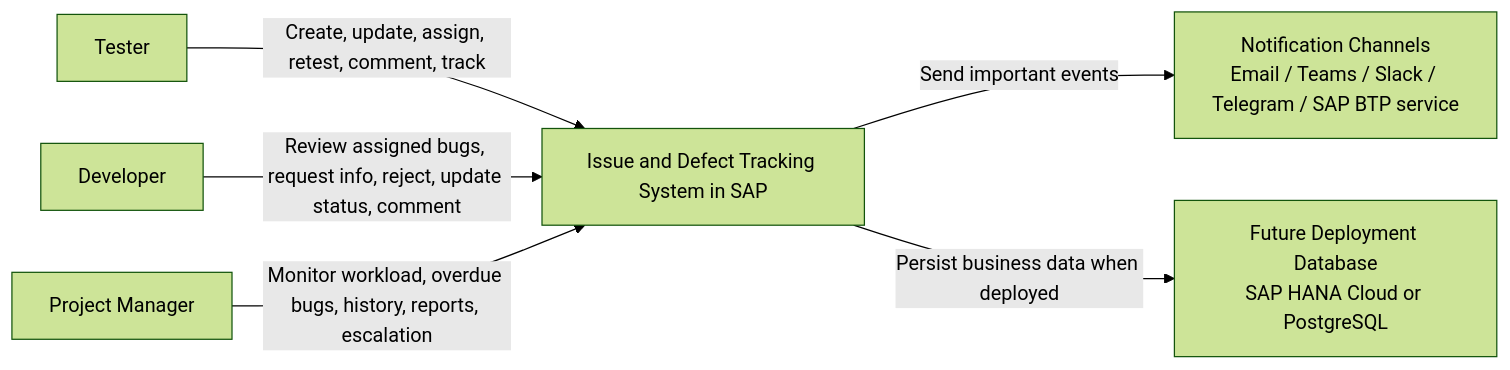
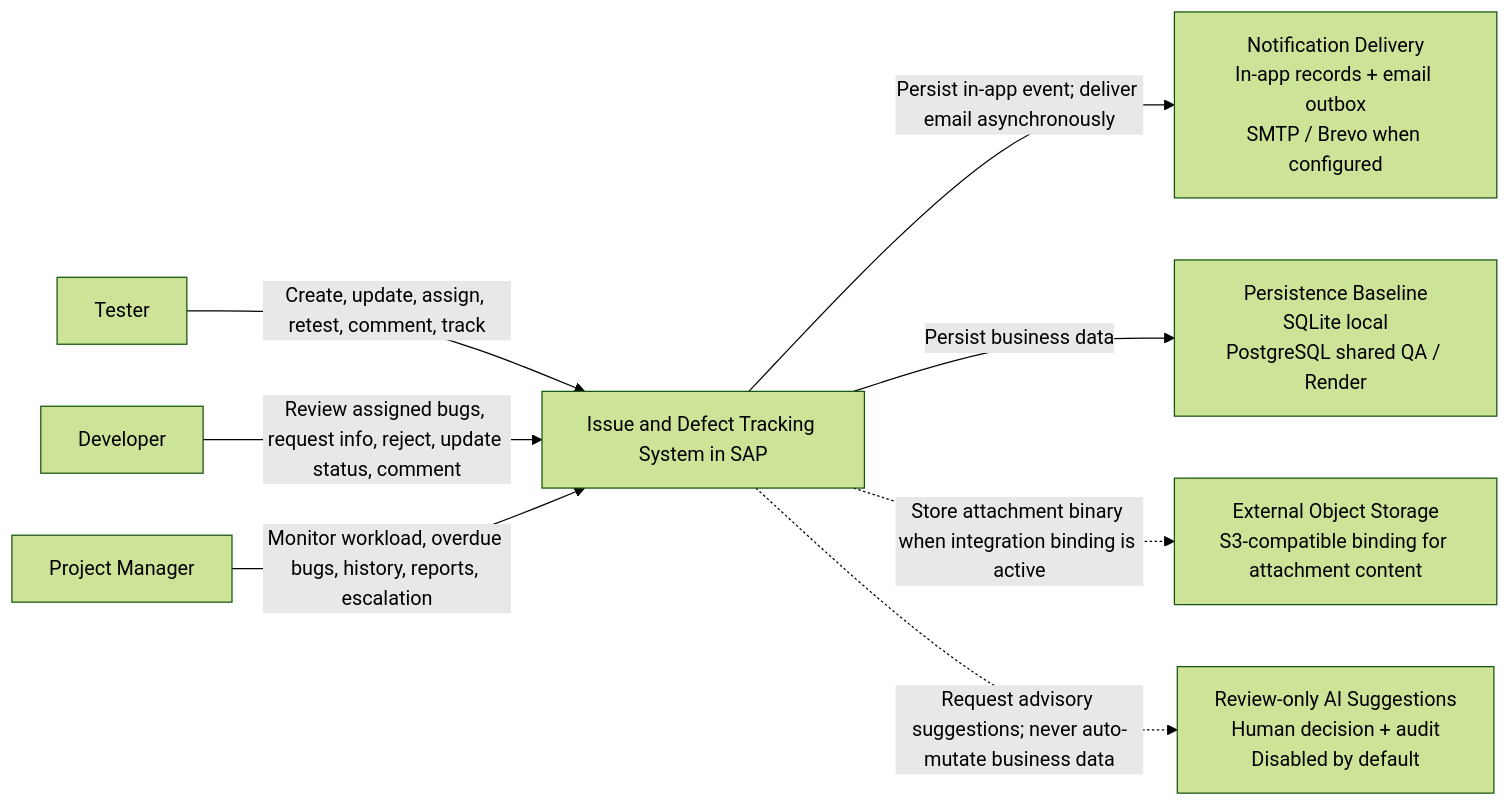
Before and after one commit to DarwinDO/IDTS-SAP01: the first of 2 diagrams in docs/diagrams/01-system-context-and-architecture.md, drawn with Mermaid (forest theme). The commit also changed other lines of this file and 124 other files, not shown here.

````diff
--- a/docs/diagrams/01-system-context-and-architecture.md
+++ b/docs/diagrams/01-system-context-and-architecture.md
@@ -7,18 +7,22 @@
 ```mermaid
 flowchart LR
     Tester["Tester"]
     Developer["Developer"]
     PM["Project Manager"]
 
     IDTS["Issue and Defect Tracking System in SAP"]
 
-    NotificationChannels["Notification Channels\nEmail / Teams / Slack / Telegram / SAP BTP service"]
-    FutureDB["Future Deployment Database\nSAP HANA Cloud or PostgreSQL"]
+    Notifications["Notification Delivery\nIn-app records + email outbox\nSMTP / Brevo when configured"]
+    Data["Persistence Baseline\nSQLite local\nPostgreSQL shared QA / Render"]
+    ObjectStore["External Object Storage\nS3-compatible binding for attachment content"]
+    AI["Review-only AI Suggestions\nHuman decision + audit\nDisabled by default"]
 
     Tester -->|"Create, update, assign, retest, comment, track"| IDTS
     Developer -->|"Review assigned bugs, request info, reject, update status, comment"| IDTS
     PM -->|"Monitor workload, overdue bugs, history, reports, escalation"| IDTS
 
-    IDTS -->|"Send important events"| NotificationChannels
-    IDTS -->|"Persist business data when deployed"| FutureDB
+    IDTS -->|"Persist in-app event; deliver email asynchronously"| Notifications
+    IDTS -->|"Persist business data"| Data
+    IDTS -. "Store attachment binary when integration binding is active" .-> ObjectStore
+    IDTS -. "Request advisory suggestions; never auto-mutate business data" .-> AI
 ```
````
